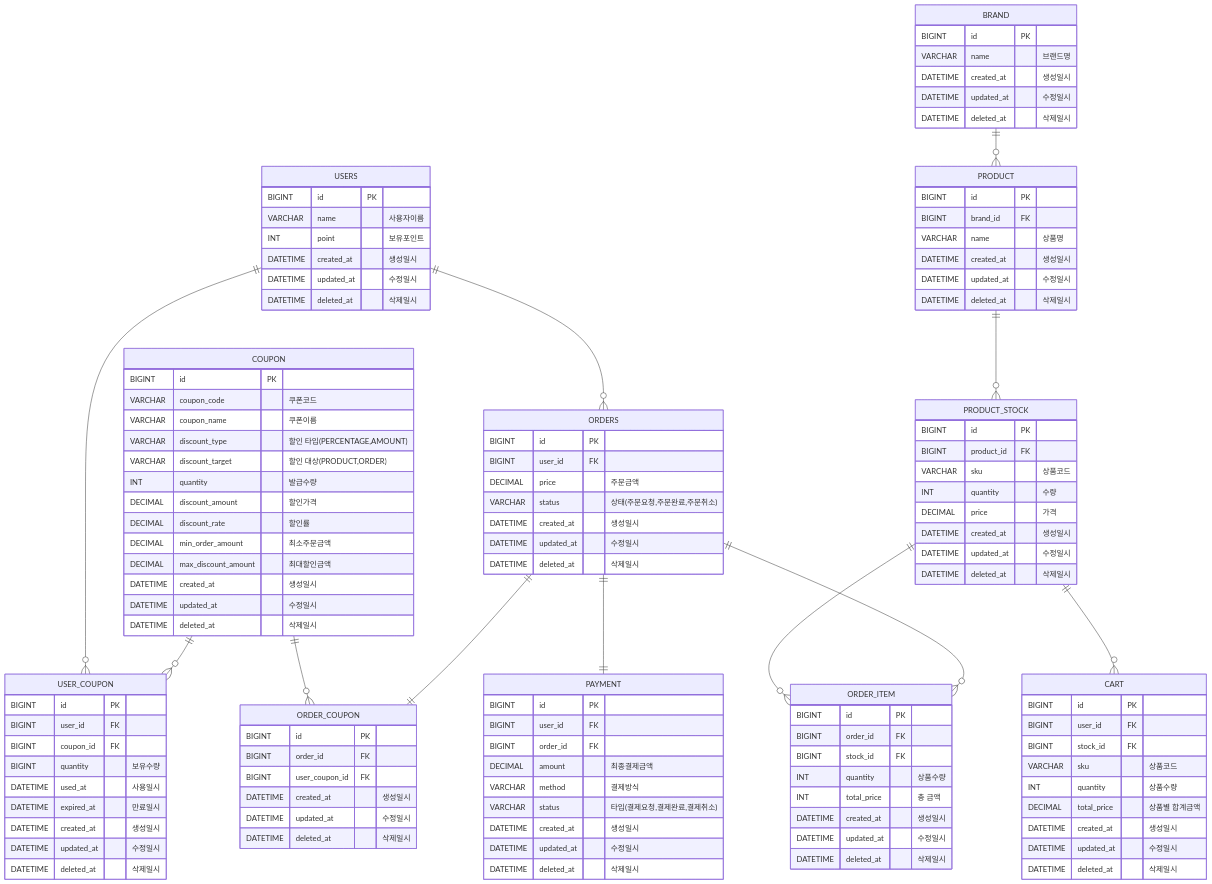
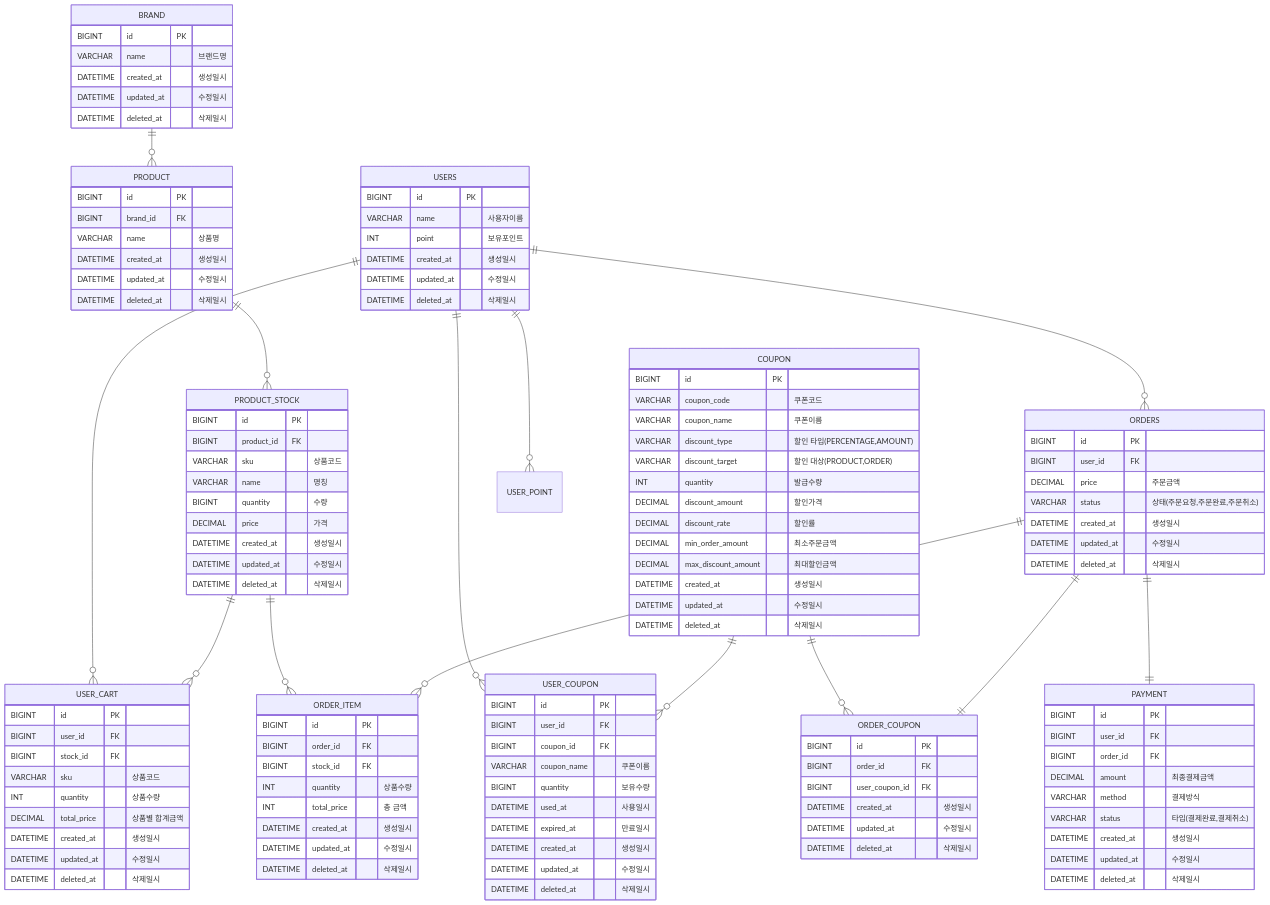
One commit to Lexyyaa/hhplus-ecommerce changed the diagram in docs/ERD.md. Above: the diagram before and after it, drawn with Mermaid. The commit also changed other lines of this file, not shown here.

Commit message:
docs : ERD 작성

```diff
--- a/docs/ERD.md
+++ b/docs/ERD.md
@@ -19,6 +21,31 @@
         BIGINT id PK
         VARCHAR name "사용자이름"
         INT point "보유포인트"
+        DATETIME created_at "생성일시"
+        DATETIME updated_at "수정일시"
+        DATETIME deleted_at "삭제일시"
+    }
+    
+    USER_COUPON {
+        BIGINT id PK
+        BIGINT user_id FK
+        BIGINT coupon_id FK
+        VARCHAR coupon_name "쿠폰이름"
+        BIGINT quantity "보유수량"
+        DATETIME used_at "사용일시"
+        DATETIME expired_at "만료일시"
+        DATETIME created_at "생성일시"
+        DATETIME updated_at "수정일시"
+        DATETIME deleted_at "삭제일시"
+    }
+   
+    USER_CART {
+        BIGINT id PK
+        BIGINT user_id FK
+        BIGINT stock_id FK
+        VARCHAR sku "상품코드"
+        INT quantity "상품수량"
+        DECIMAL total_price "상품별 합계금액"
         DATETIME created_at "생성일시"
         DATETIME updated_at "수정일시"
         DATETIME deleted_at "삭제일시"
@@ -45,7 +72,8 @@
         BIGINT id PK
         BIGINT product_id FK
         VARCHAR sku "상품코드"
-        INT quantity "수량"
+        VARCHAR name "명칭"
+        BIGINT quantity "수량"
         DECIMAL price "가격"
         DATETIME created_at "생성일시"
         DATETIME updated_at "수정일시"
@@ -63,30 +91,6 @@
         DECIMAL discount_rate "할인률"
         DECIMAL min_order_amount "최소주문금액"
         DECIMAL max_discount_amount "최대할인금액"
-        DATETIME created_at "생성일시"
-        DATETIME updated_at "수정일시"
-        DATETIME deleted_at "삭제일시"
-    }
-
-    USER_COUPON {
-        BIGINT id PK
-        BIGINT user_id FK
-        BIGINT coupon_id FK
-        BIGINT quantity "보유수량"
-        DATETIME used_at "사용일시"
-        DATETIME expired_at "만료일시"
-        DATETIME created_at "생성일시"
-        DATETIME updated_at "수정일시"
-        DATETIME deleted_at "삭제일시"
-    }
-   
-    CART {
-        BIGINT id PK
-        BIGINT user_id FK
-        BIGINT stock_id FK
-        VARCHAR sku "상품코드"
-        INT quantity "상품수량"
-        DECIMAL total_price "상품별 합계금액"
         DATETIME created_at "생성일시"
         DATETIME updated_at "수정일시"
         DATETIME deleted_at "삭제일시"
@@ -128,18 +132,20 @@
         BIGINT order_id FK
         DECIMAL amount "최종결제금액"
         VARCHAR method "결제방식"
-        VARCHAR status "타입(결제요청,결제완료,결제취소)"
+        VARCHAR status "타입(결제완료,결제취소)"
         DATETIME created_at "생성일시"
         DATETIME updated_at "수정일시"
         DATETIME deleted_at "삭제일시"
     }
 
     %% Relationships
+    USERS ||--o{ USER_POINT : ""
+    USERS ||--o{ USER_CART : ""
+    USERS ||--o{ USER_COUPON : ""
     USERS ||--o{ ORDERS : ""
-    USERS ||--o{ USER_COUPON : ""
     BRAND ||--o{ PRODUCT : ""
     PRODUCT ||--o{ PRODUCT_STOCK : ""
-    PRODUCT_STOCK ||--o{ CART : ""
+    PRODUCT_STOCK ||--o{ USER_CART : ""
     PRODUCT_STOCK ||--o{ ORDER_ITEM : ""
     COUPON ||--o{ USER_COUPON : ""
     COUPON ||--o{ ORDER_COUPON : ""
```
